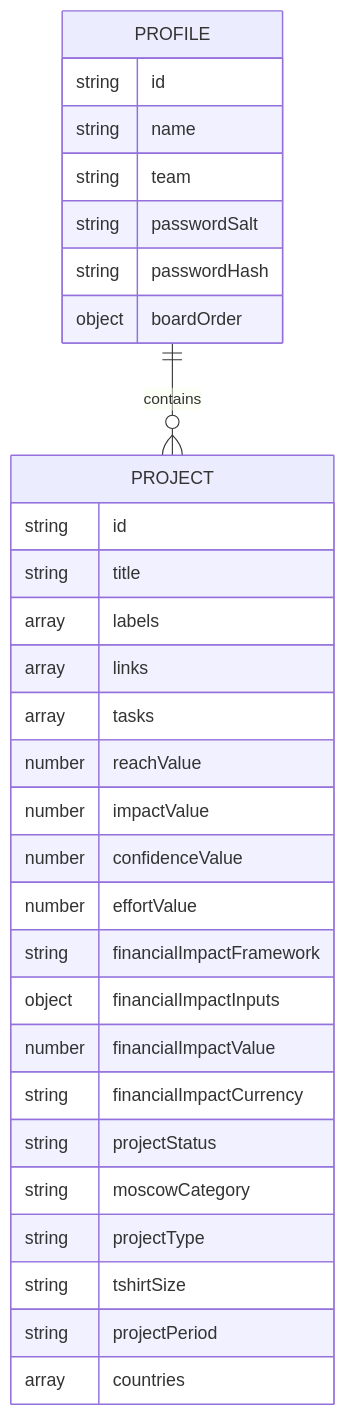
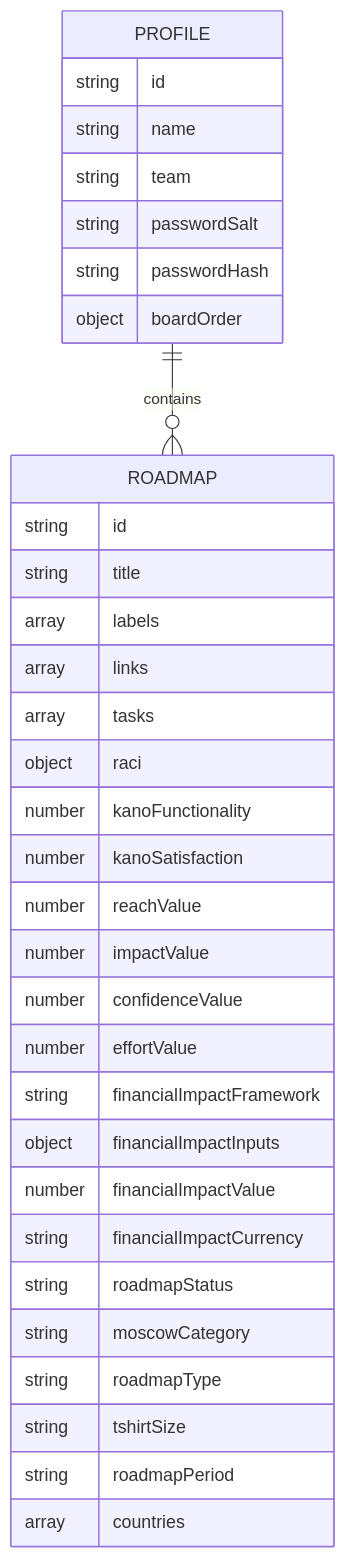
One commit to RifqiMT/pm-prioritization-tool changed the second of 7 diagrams in docs/ARCHITECTURE.md. Above: the diagram before and after it, drawn with Mermaid. The commit also changed other lines of this file and 59 other files, not shown here.

First line of the commit message:
feat(ui193): rename Project→Roadmap, add KANO portfolio view, and full docs sync

````diff
--- a/docs/ARCHITECTURE.md
+++ b/docs/ARCHITECTURE.md
@@ -65,33 +65,36 @@
 ```mermaid
 erDiagram
-  PROFILE ||--o{ PROJECT : contains
+  PROFILE ||--o{ ROADMAP : contains
   PROFILE {
     string id
     string name
     string team
     string passwordSalt
     string passwordHash
     object boardOrder
   }
-  PROJECT {
+  ROADMAP {
     string id
     string title
     array labels
     array links
     array tasks
+    object raci
+    number kanoFunctionality
+    number kanoSatisfaction
     number reachValue
     number impactValue
     number confidenceValue
     number effortValue
     string financialImpactFramework
     object financialImpactInputs
     number financialImpactValue
     string financialImpactCurrency
-    string projectStatus
+    string roadmapStatus
     string moscowCategory
-    string projectType
+    string roadmapType
     string tshirtSize
-    string projectPeriod
+    string roadmapPeriod
     array countries
   }
 ```
````
